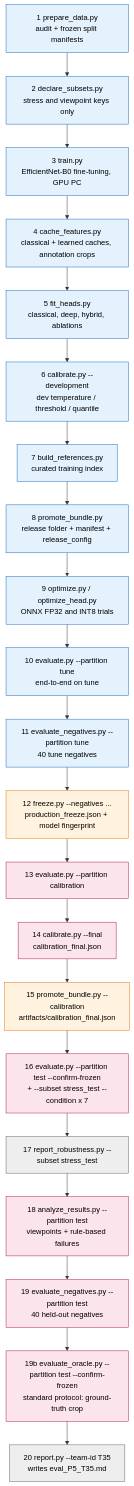
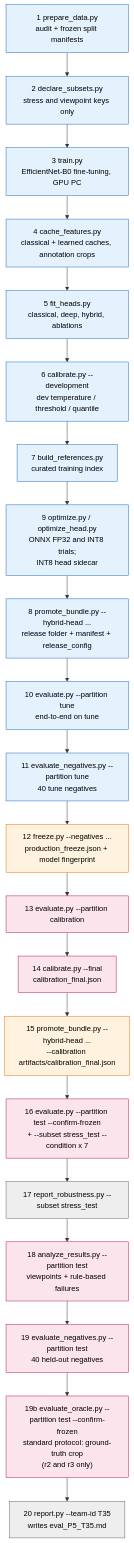
One commit to DuhItzAniket/SEMEVIA changed the fifth of 7 diagrams in docs/architecture.md. Above: the diagram before and after it, drawn with Mermaid. The commit also changed other lines of this file and 13 other files, not shown here.

````diff
--- a/docs/architecture.md
+++ b/docs/architecture.md
@@ -262,32 +325,32 @@
 ```mermaid
 flowchart TD
     classDef dev fill:#e3f2fd,stroke:#1565c0,color:#000
     classDef freeze fill:#fff3e0,stroke:#ef6c00,color:#000
     classDef held fill:#fce4ec,stroke:#ad1457,color:#000
     classDef rep fill:#eeeeee,stroke:#616161,color:#000
 
     S1["1 prepare_data.py<br/>audit + frozen split manifests"]:::dev
     S2["2 declare_subsets.py<br/>stress and viewpoint keys only"]:::dev
     S3["3 train.py<br/>EfficientNet-B0 fine-tuning, GPU PC"]:::dev
     S4["4 cache_features.py<br/>classical + learned caches, annotation crops"]:::dev
     S5["5 fit_heads.py<br/>classical, deep, hybrid, ablations"]:::dev
     S6["6 calibrate.py --development<br/>dev temperature / threshold / quantile"]:::dev
     S7["7 build_references.py<br/>curated training index"]:::dev
-    S8["8 promote_bundle.py<br/>release folder + manifest + release_config"]:::dev
-    S9["9 optimize.py / optimize_head.py<br/>ONNX FP32 and INT8 trials"]:::dev
+    S9["9 optimize.py / optimize_head.py<br/>ONNX FP32 and INT8 trials;<br/>INT8 head sidecar"]:::dev
+    S8["8 promote_bundle.py --hybrid-head ...<br/>release folder + manifest + release_config"]:::dev
     S10["10 evaluate.py --partition tune<br/>end-to-end on tune"]:::dev
     S11["11 evaluate_negatives.py --partition tune<br/>40 tune negatives"]:::dev
     S12["12 freeze.py --negatives ...<br/>production_freeze.json + model fingerprint"]:::freeze
     S13["13 evaluate.py --partition calibration"]:::held
     S14["14 calibrate.py --final<br/>calibration_final.json"]:::held
-    S15["15 promote_bundle.py --calibration<br/>artifacts/calibration_final.json"]:::freeze
+    S15["15 promote_bundle.py --hybrid-head ...<br/>--calibration artifacts/calibration_final.json"]:::freeze
     S16["16 evaluate.py --partition test --confirm-frozen<br/>+ --subset stress_test --condition x 7"]:::held
     S17["17 report_robustness.py --subset stress_test"]:::rep
     S18["18 analyze_results.py --partition test<br/>viewpoints + rule-based failures"]:::held
     S19["19 evaluate_negatives.py --partition test<br/>40 held-out negatives"]:::held
-    S19b["19b evaluate_oracle.py --partition test --confirm-frozen<br/>standard protocol: ground-truth crop"]:::held
+    S19b["19b evaluate_oracle.py --partition test --confirm-frozen<br/>standard protocol: ground-truth crop<br/>(r2 and r3 only)"]:::held
     S20["20 report.py --team-id T35<br/>writes eval_P5_T35.md"]:::rep
 
-    S1 --> S2 --> S3 --> S4 --> S5 --> S6 --> S7 --> S8 --> S9 --> S10 --> S11 --> S12
+    S1 --> S2 --> S3 --> S4 --> S5 --> S6 --> S7 --> S9 --> S8 --> S10 --> S11 --> S12
     S12 --> S13 --> S14 --> S15 --> S16 --> S17 --> S18 --> S19 --> S19b --> S20
 ```
````
